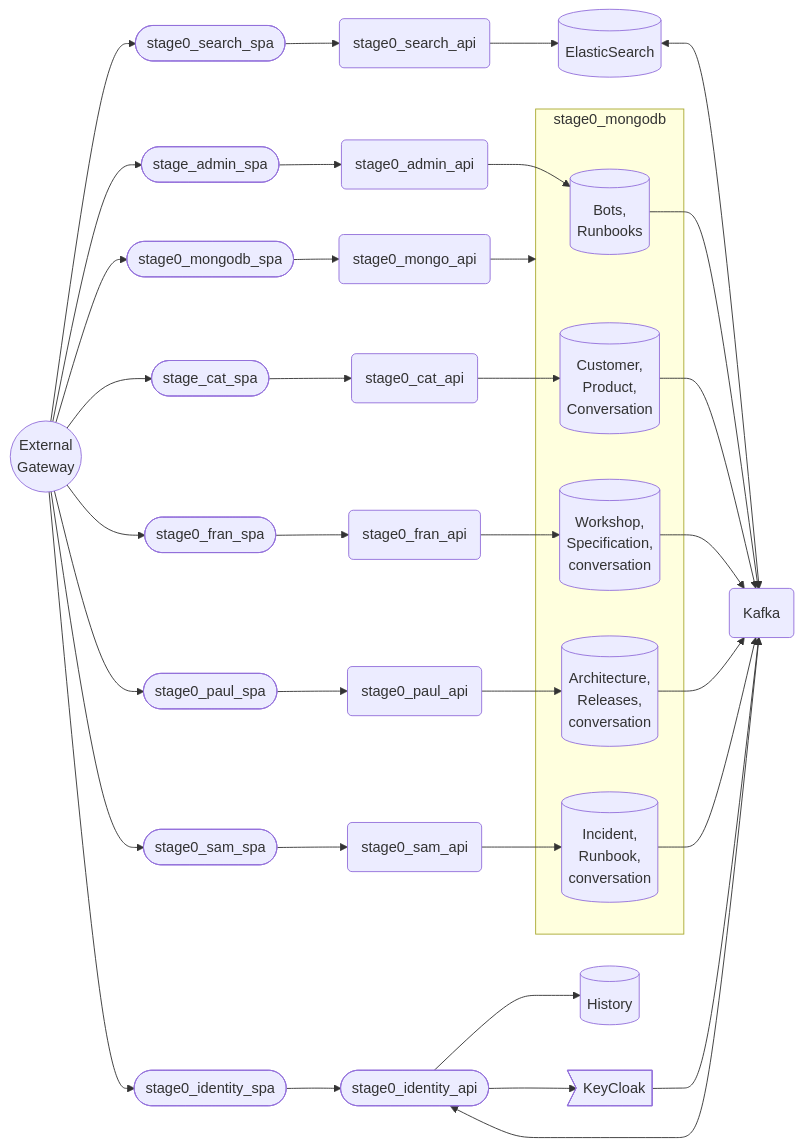
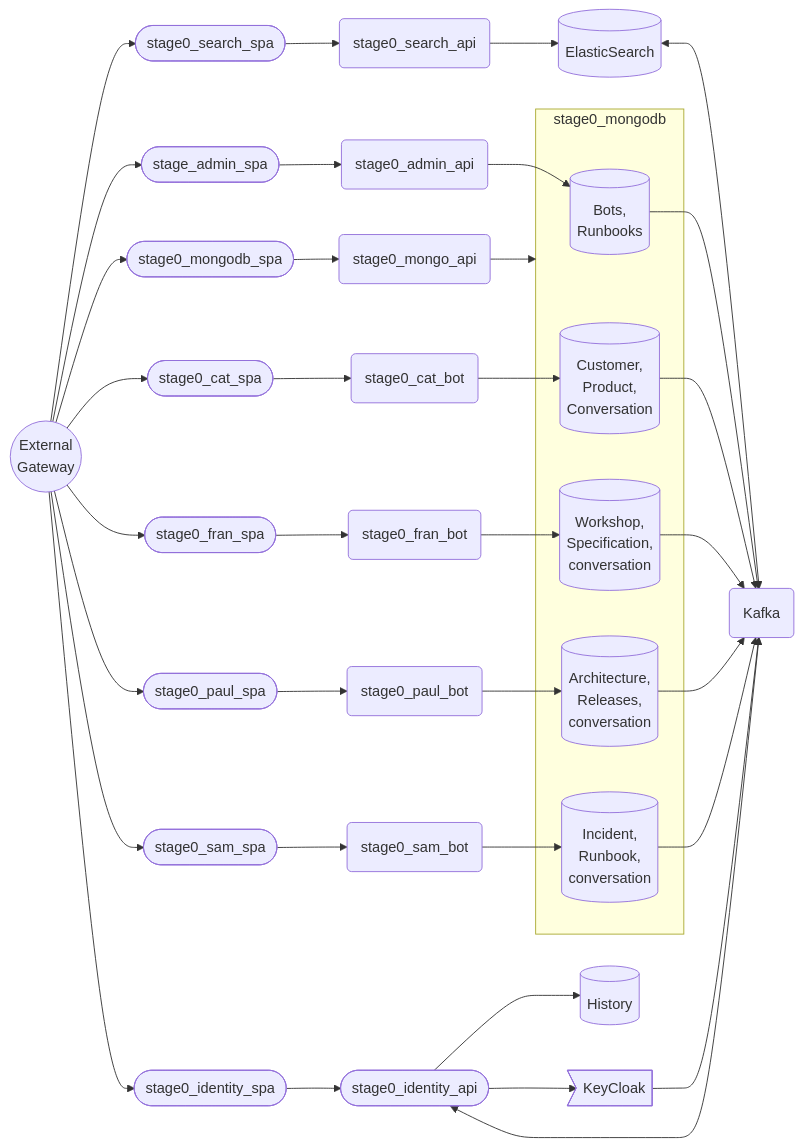
The first of 2 diagrams in developer_edition/docs/ARCHITECTURE.md (agile-learning-institute/stage0), drawn with Mermaid before and after one commit. The commit also changed 6 other files, not shown here.

Commit message:
Refactor _api to _bot for discord bot services

```diff
--- a/developer_edition/docs/ARCHITECTURE.md
+++ b/developer_edition/docs/ARCHITECTURE.md
@@ -40,8 +40,8 @@
     --> BUS
 
     APIG
-    --> CatSPA([stage_cat_spa])
-    --> CatAPI(stage0_cat_api)
+    --> CatSPA([stage0_cat_spa])
+    --> CatBot(stage0_cat_bot)
     --> CatDB[(Customer, 
     Product, 
     Conversation)]
@@ -49,7 +49,7 @@
 
     APIG
     --> FranSPA([stage0_fran_spa])
-    --> FranAPI(stage0_fran_api)
+    --> FranBot(stage0_fran_bot)
     --> FranDB[(Workshop,
     Specification,
     conversation)]
@@ -57,7 +57,7 @@
     
     APIG
     --> PaulSPA([stage0_paul_spa])
-    --> PaulAPI(stage0_paul_api)
+    --> PaulBot(stage0_paul_bot)
     --> PaulDB[(Architecture, 
     Releases,
     conversation)]
@@ -65,7 +65,7 @@
     
     APIG
     --> SamSPA([stage0_sam_spa])
-    --> SamAPI(stage0_sam_api)
+    --> SamBot(stage0_sam_bot)
     --> SamDB[(Incident, 
     Runbook,
     conversation)]
@@ -102,16 +102,16 @@
     click stage0_search_api href "https://github.com/agile-learning-institute/stage0_search_api"
     click stage0_search_spa href "https://github.com/agile-learning-institute/stage0_search_spa"
 
-    click stage0_cat_api href "https://github.com/agile-learning-institute/stage0_cat_api"
+    click stage0_cat_bot href "https://github.com/agile-learning-institute/stage0_cat_bot"
     click stage0_cat_spa href "https://github.com/agile-learning-institute/stage0_cat_spa"
 
-    click stage0_fran_api href "https://github.com/agile-learning-institute/stage0_fran_api"
+    click stage0_fran_bot href "https://github.com/agile-learning-institute/stage0_fran_bot"
     click stage0_fran_spa href "https://github.com/agile-learning-institute/stage0_fran_spa"
 
-    click stage0_paul_api href "https://github.com/agile-learning-institute/stage0_paul_api"
+    click stage0_paul_bot href "https://github.com/agile-learning-institute/stage0_paul_bot"
     click stage0_paul_spa href "https://github.com/agile-learning-institute/stage0_paul_spa"
 
-    click stage0_sam_api href "https://github.com/agile-learning-institute/stage0_sam_api"
+    click stage0_sam_bot href "https://github.com/agile-learning-institute/stage0_sam_bot"
     click stage0_sam_spa href "https://github.com/agile-learning-institute/stage0_sam_spa"
 
 
```
